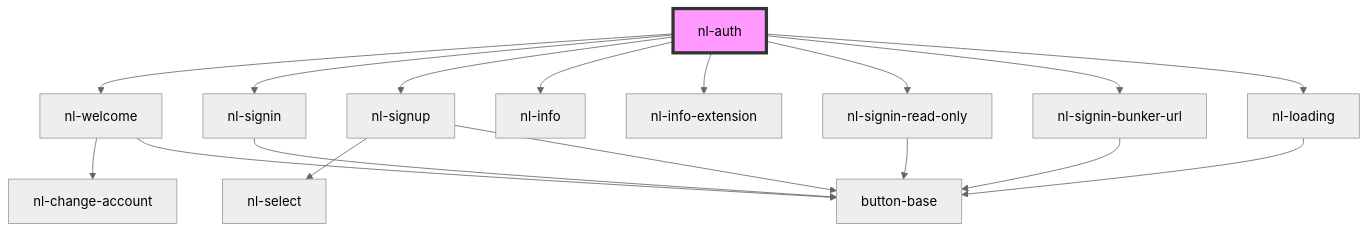
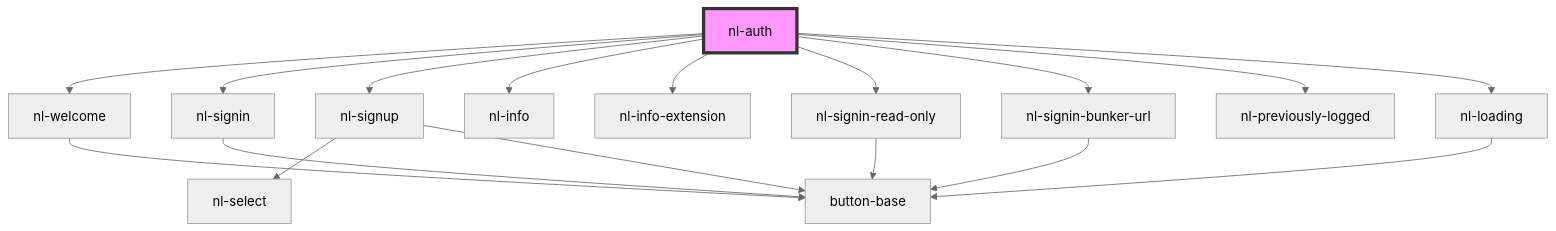
Before and after one commit to nostrband/nostr-login: the diagram in packages/components/src/components/nl-auth/readme.md, drawn with Mermaid (neutral theme). The commit also changed other lines of this file and 19 other files, not shown here.

Commit message:
Add recent accounts & previously logged screen

````diff
--- a/packages/components/src/components/nl-auth/readme.md
+++ b/packages/components/src/components/nl-auth/readme.md
@@ -41,20 +42,20 @@
 ```mermaid
 graph TD;
   nl-auth --> nl-welcome
   nl-auth --> nl-signin
   nl-auth --> nl-signup
   nl-auth --> nl-info
   nl-auth --> nl-info-extension
   nl-auth --> nl-signin-read-only
   nl-auth --> nl-signin-bunker-url
+  nl-auth --> nl-previously-logged
   nl-auth --> nl-loading
-  nl-welcome --> nl-change-account
   nl-welcome --> button-base
   nl-signin --> button-base
   nl-signup --> nl-select
   nl-signup --> button-base
   nl-signin-read-only --> button-base
   nl-signin-bunker-url --> button-base
   nl-loading --> button-base
   style nl-auth fill:#f9f,stroke:#333,stroke-width:4px
 ```
````
